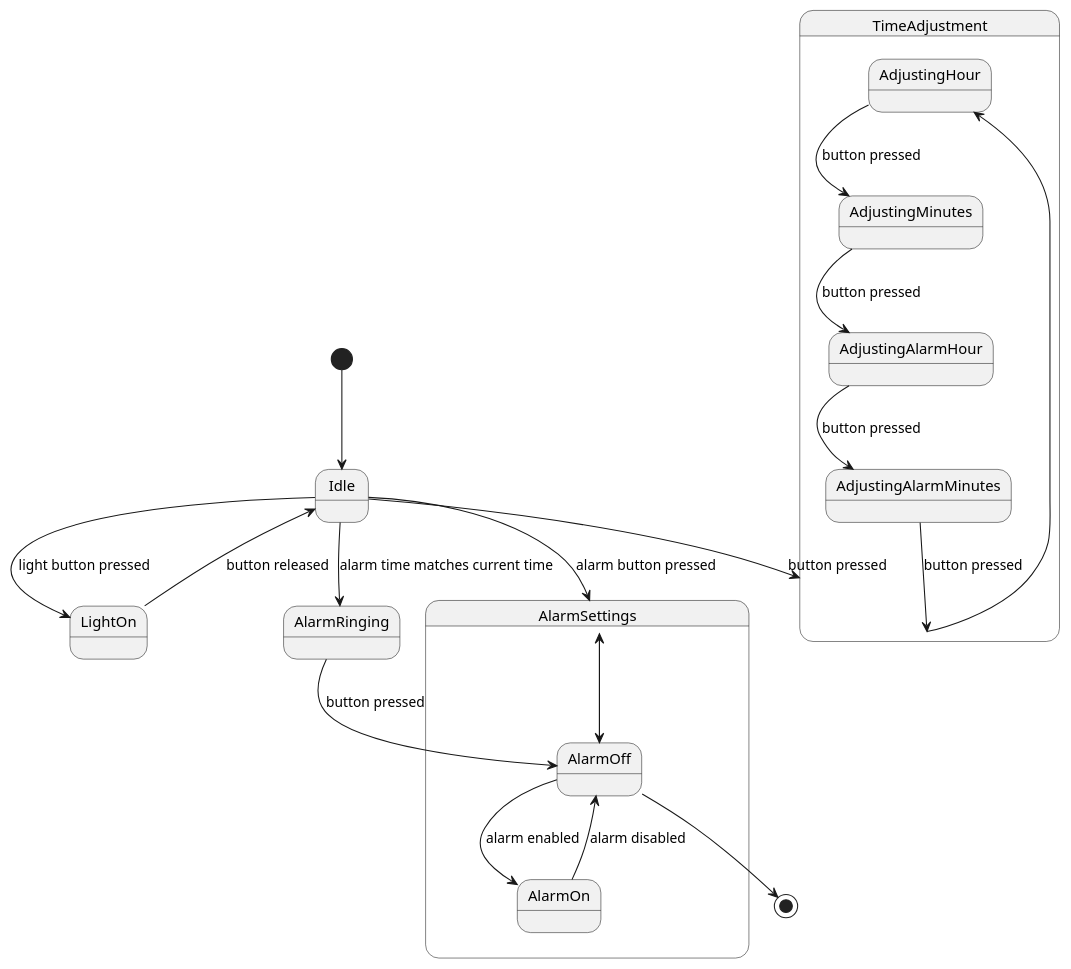
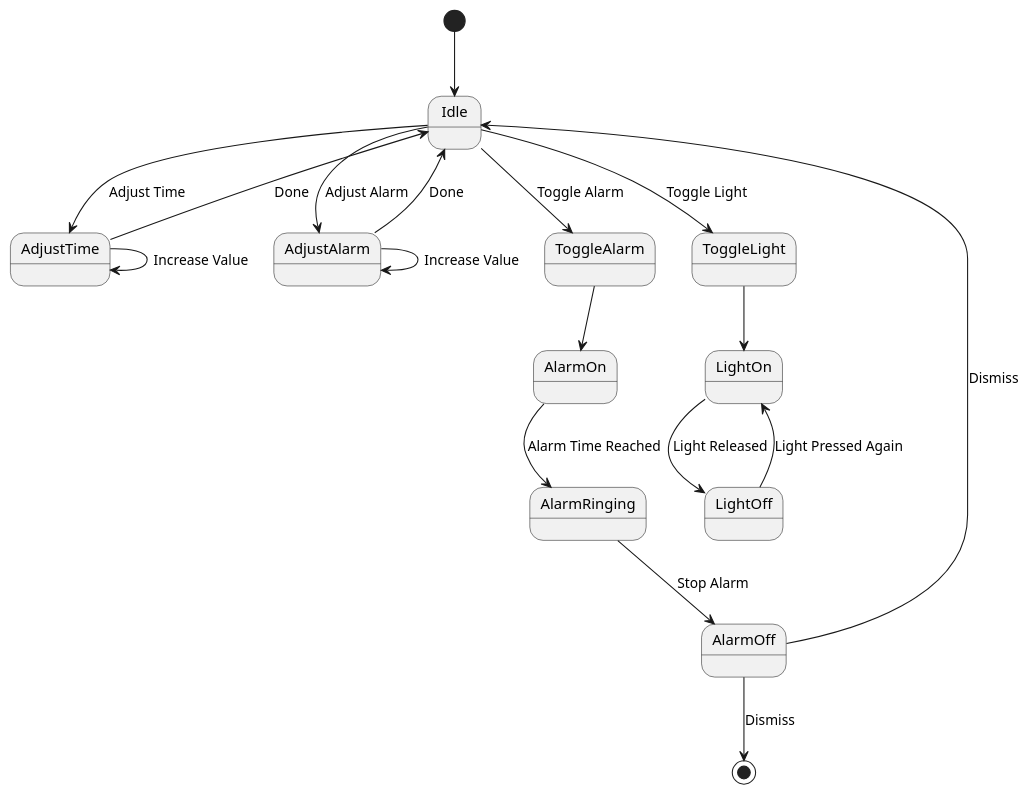
The diagram in results/plantuml_pipeline/runs/open_source__deepseek_r1_14b__rag_validation_generator_critic_repair/case_46_digital_watch/run_01.puml (maimunafaria/State_transition_Diagram_generated_by_LLM), drawn with PlantUML before and after one commit. The commit also changed 584 other files, not shown here.

```diff
--- a/results/plantuml_pipeline/runs/open_source__deepseek_r1_14b__rag_validation_generator_critic_repair/case_46_digital_watch/run_01.puml
+++ b/results/plantuml_pipeline/runs/open_source__deepseek_r1_14b__rag_validation_generator_critic_repair/case_46_digital_watch/run_01.puml
@@ -1,31 +1,25 @@
 @startuml
 [*] --> Idle
 
-Idle --> TimeAdjustment : button pressed
-Idle --> LightOn : light button pressed
-Idle --> AlarmSettings : alarm button pressed
-Idle --> AlarmRinging : alarm time matches current time
+Idle --> AdjustTime : Adjust Time
+Idle --> AdjustAlarm : Adjust Alarm
+Idle --> ToggleAlarm : Toggle Alarm
+Idle --> ToggleLight : Toggle Light
 
-state TimeAdjustment {
-    TimeAdjustment --> AdjustingHour
-    AdjustingHour --> AdjustingMinutes : button pressed
-    AdjustingMinutes --> AdjustingAlarmHour : button pressed
-    AdjustingAlarmHour --> AdjustingAlarmMinutes : button pressed
-    AdjustingAlarmMinutes --> TimeAdjustment : button pressed
-}
+AdjustTime --> Idle : Done
+AdjustTime --> AdjustTime : Increase Value
 
-state AlarmSettings {
-    AlarmSettings --> AlarmOff
-    AlarmOff --> AlarmOn : alarm enabled
-    AlarmOn --> AlarmOff : alarm disabled
-    AlarmOff --> AlarmSettings
-}
+AdjustAlarm --> Idle : Done
+AdjustAlarm --> AdjustAlarm : Increase Value
 
-state LightOn {
-    LightOn --> Idle : button released
-}
+ToggleAlarm --> AlarmOn
+AlarmOn --> AlarmRinging : Alarm Time Reached
+AlarmRinging --> AlarmOff : Stop Alarm
 
-AlarmRinging --> AlarmOff : button pressed
-AlarmOff --> [*]
+ToggleLight --> LightOn
+LightOn --> LightOff : Light Released
+LightOff --> LightOn : Light Pressed Again
 
+AlarmOff --> Idle : Dismiss
+AlarmOff --> [*] : Dismiss
 @enduml
```
